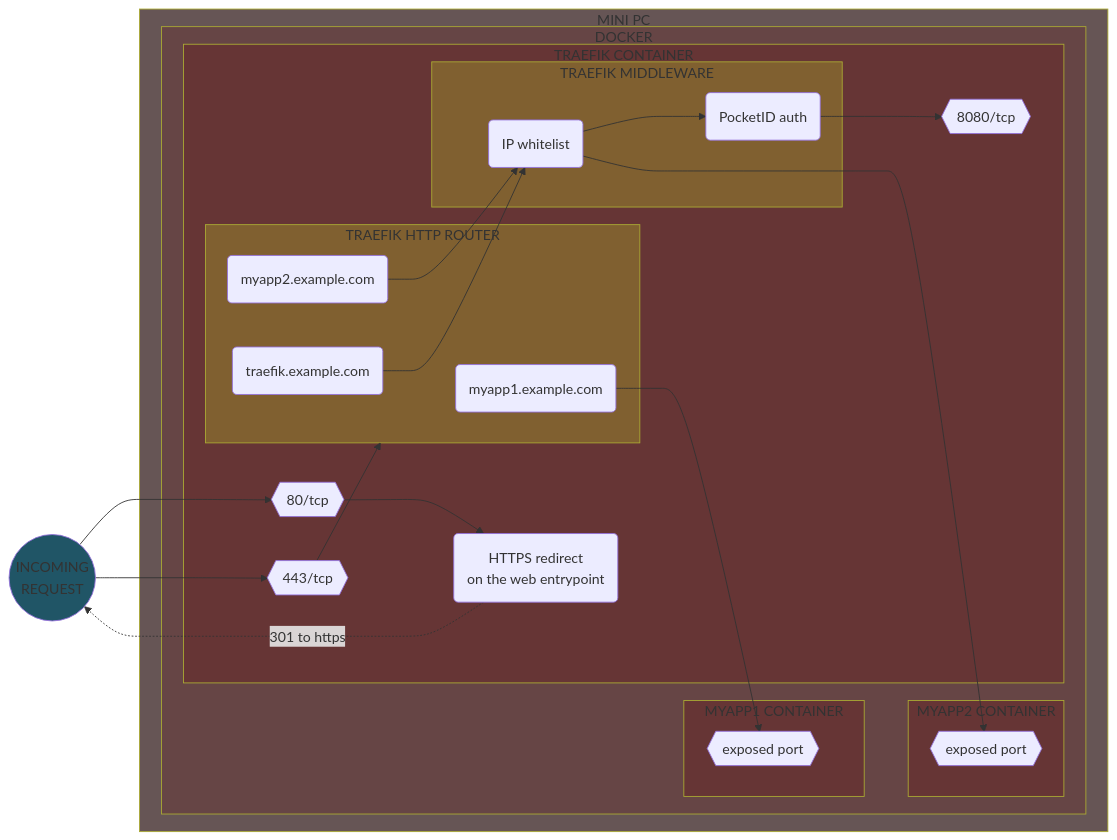
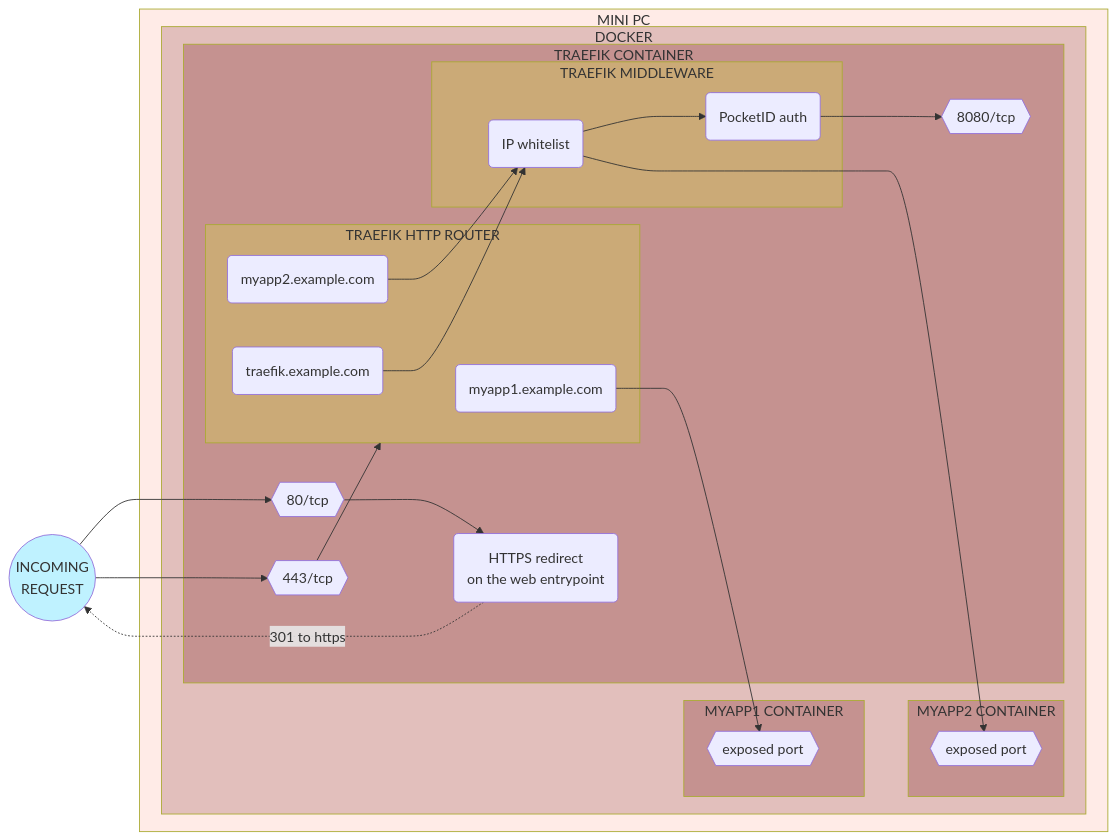
The fifth of 32 diagrams in README.md (Yann39/self-hosted-n100), drawn with Mermaid before and after one commit. The commit also changed other lines of this file and 1 other file, not shown here.

Commit message:
adapted diagrams so they display better in light mode

````diff
--- a/README.md
+++ b/README.md
@@ -998,60 +1002,60 @@
 ```mermaid
 flowchart LR
-    style INCOMING_REQUEST fill: #205566
-    style TRAEFIK_CONTAINER fill: #663535
-    style MYAPP1_CONTAINER fill: #663535
-    style MYAPP2_CONTAINER fill: #663535
-    style TRAEFIK_ROUTER fill: #806030
-    style TRAEFIK_MIDDLEWARE fill: #806030
-    style SERVER_DEVICE fill: #665555
-    style CONTAINER_ENGINE fill: #664545
+    style INCOMING_REQUEST fill: #45d8ff57
+    style TRAEFIK_CONTAINER fill: #6601013c
+    style MYAPP1_CONTAINER fill: #6601013c
+    style MYAPP2_CONTAINER fill: #6601013c
+    style TRAEFIK_ROUTER fill: #defc1e37
+    style TRAEFIK_MIDDLEWARE fill: #defc1e37
+    style SERVER_DEVICE fill: #fec9bf5e
+    style CONTAINER_ENGINE fill: #67010030
     INCOMING_REQUEST((INCOMING\nREQUEST))
     DOCKER_TRAEFIK_PORT443{{443/tcp}}
     DOCKER_TRAEFIK_PORT80{{80/tcp}}
     DOCKER_TRAEFIK_PORT8080{{8080/tcp}}
     DOCKER_MYAPP1_PORT{{exposed port}}
     DOCKER_MYAPP2_PORT{{exposed port}}
     TRAEFIK_ROUTER_MYAPP1(myapp1.example.com)
     TRAEFIK_ROUTER_MYAPP2(myapp2.example.com)
     TRAEFIK_ROUTER_TRAEFIK(traefik.example.com)
 
     subgraph SERVER_DEVICE[MINI PC]
         subgraph CONTAINER_ENGINE[DOCKER]
             subgraph MYAPP1_CONTAINER[MYAPP1 CONTAINER]
                 DOCKER_MYAPP1_PORT
             end
             subgraph MYAPP2_CONTAINER[MYAPP2 CONTAINER]
                 DOCKER_MYAPP2_PORT
             end
 
             subgraph TRAEFIK_CONTAINER[TRAEFIK CONTAINER]
                 subgraph TRAEFIK_ROUTER[TRAEFIK HTTP ROUTER]
                     TRAEFIK_ROUTER_TRAEFIK
                     TRAEFIK_ROUTER_MYAPP1
                     TRAEFIK_ROUTER_MYAPP2
                 end
                 subgraph TRAEFIK_MIDDLEWARE[TRAEFIK MIDDLEWARE]
                     IP_WHITELISTING(IP whitelist)
                     AUTH(PocketID auth)
                 end
                 REDIRECT(HTTPS redirect\non the web entrypoint)
                 DOCKER_TRAEFIK_PORT80
                 DOCKER_TRAEFIK_PORT443
                 DOCKER_TRAEFIK_PORT8080
             end
 
         end
     end
 
     INCOMING_REQUEST --> DOCKER_TRAEFIK_PORT80
     INCOMING_REQUEST --> DOCKER_TRAEFIK_PORT443
     DOCKER_TRAEFIK_PORT80 --> REDIRECT
     REDIRECT -.->|301 to https| INCOMING_REQUEST
     DOCKER_TRAEFIK_PORT443 --> TRAEFIK_ROUTER
     TRAEFIK_ROUTER_TRAEFIK --> IP_WHITELISTING
     TRAEFIK_ROUTER_MYAPP2 --> IP_WHITELISTING
     TRAEFIK_ROUTER_MYAPP1 --> DOCKER_MYAPP1_PORT
     IP_WHITELISTING --> AUTH
     IP_WHITELISTING ---> DOCKER_MYAPP2_PORT
     AUTH --> DOCKER_TRAEFIK_PORT8080
 ```
````
